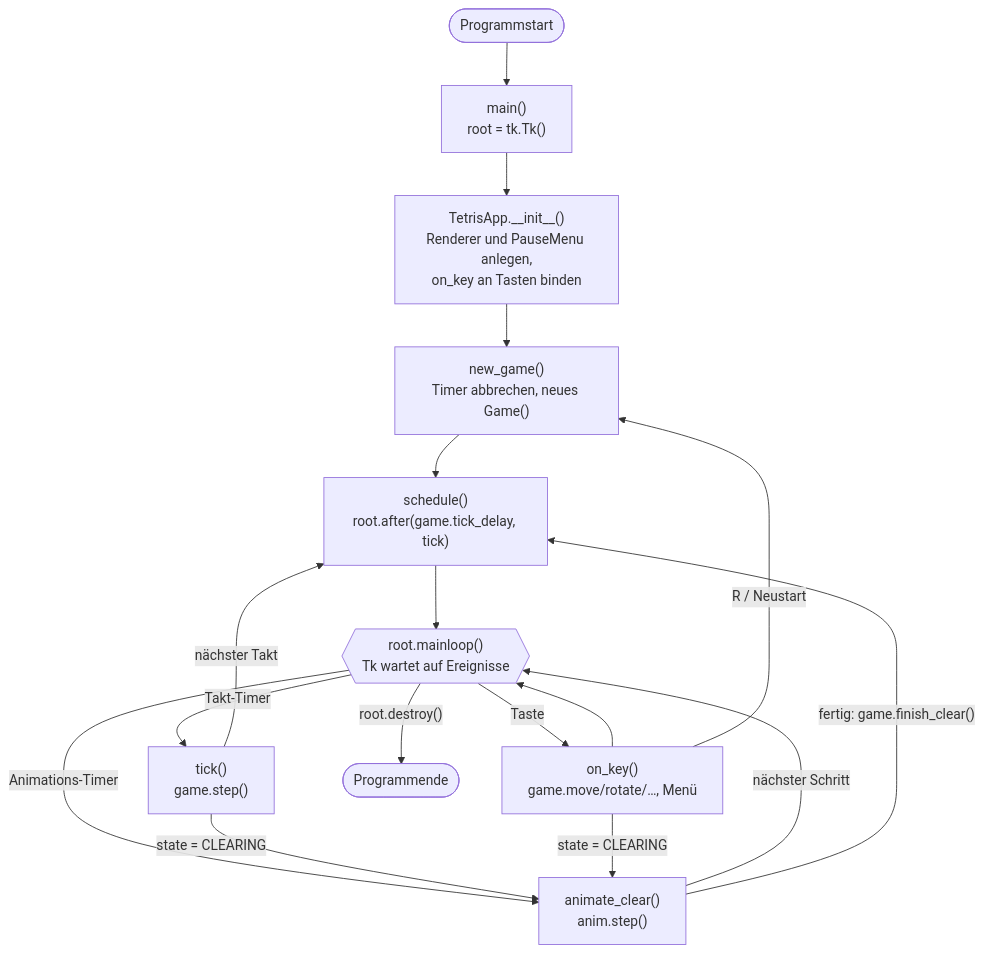
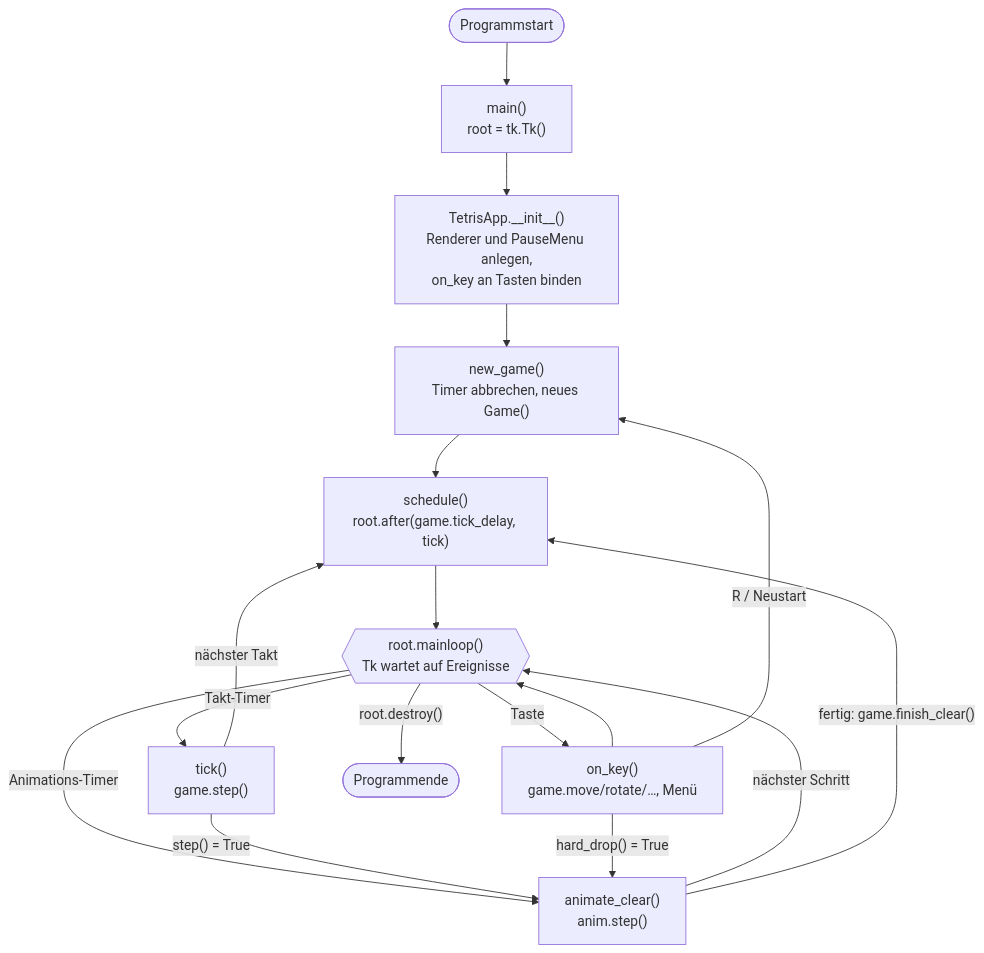
Before and after one commit to Krysek/Quickstart-mit-Claude: the third of 6 diagrams in docs/Diagramme.md, drawn with Mermaid. The commit also changed other lines of this file and 7 other files, not shown here.

````diff
--- a/docs/Diagramme.md
+++ b/docs/Diagramme.md
@@ -177,21 +190,21 @@
 ```mermaid
 flowchart TD
     start(["Programmstart"]) --> main["main()<br/>root = tk.Tk()"]
     main --> init["TetrisApp.__init__()<br/>Renderer und PauseMenu anlegen,<br/>on_key an Tasten binden"]
     init --> ng["new_game()<br/>Timer abbrechen, neues Game()"]
     ng --> sched["schedule()<br/>root.after(game.tick_delay, tick)"]
     sched --> loop{{"root.mainloop()<br/>Tk wartet auf Ereignisse"}}
 
     loop -->|"Takt-Timer"| tick["tick()<br/>game.step()"]
     loop -->|"Taste"| key["on_key()<br/>game.move/rotate/…, Menü"]
     loop -->|"Animations-Timer"| anim["animate_clear()<br/>anim.step()"]
     loop -->|"root.destroy()"| stop(["Programmende"])
 
     tick -->|"nächster Takt"| sched
-    tick -->|"state = CLEARING"| anim
-    key -->|"state = CLEARING"| anim
+    tick -->|"step() = True"| anim
+    key -->|"hard_drop() = True"| anim
     anim -->|"nächster Schritt"| loop
     anim -->|"fertig: game.finish_clear()"| sched
     key --> loop
     key -->|"R / Neustart"| ng
 ```
````
